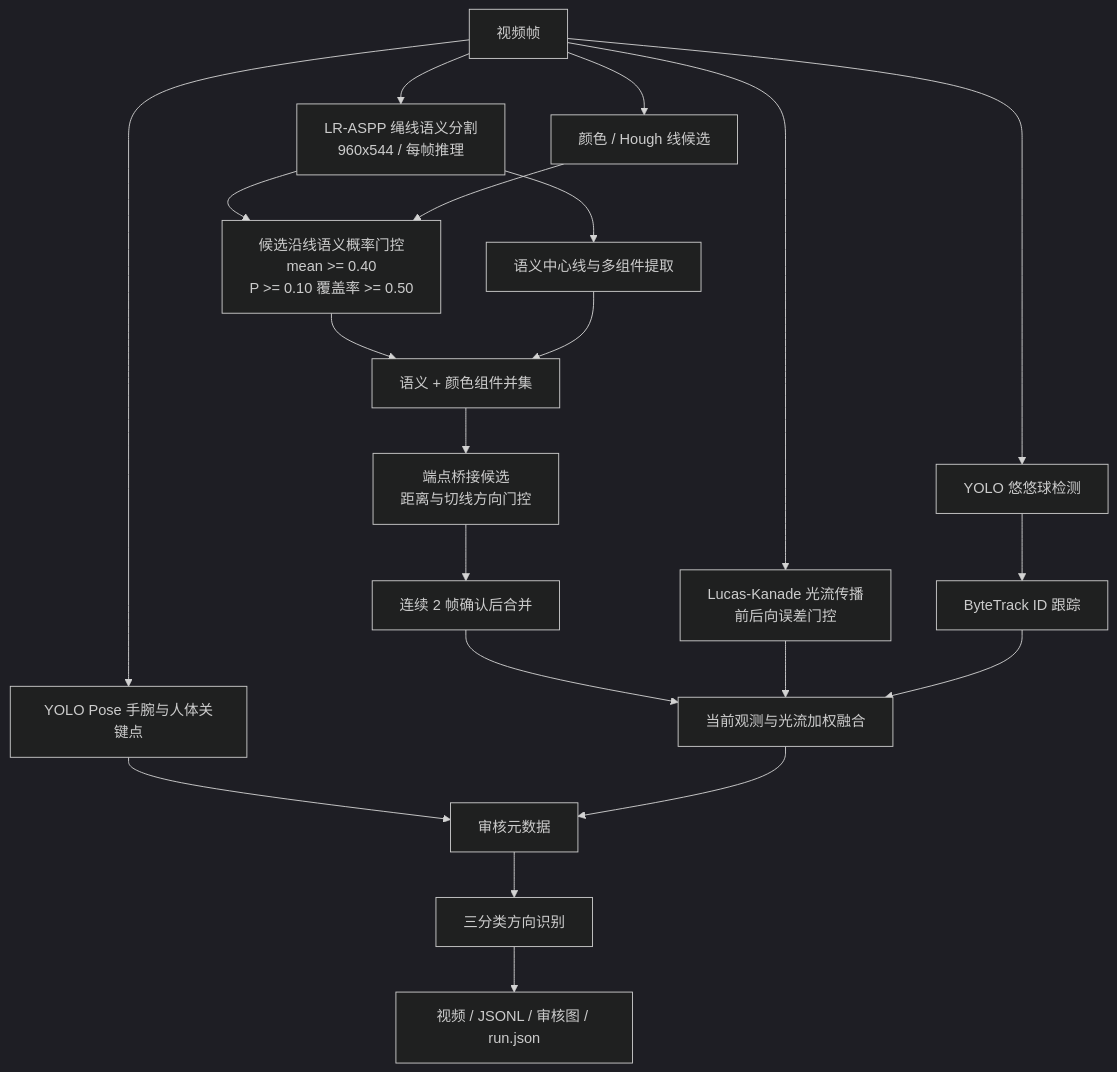
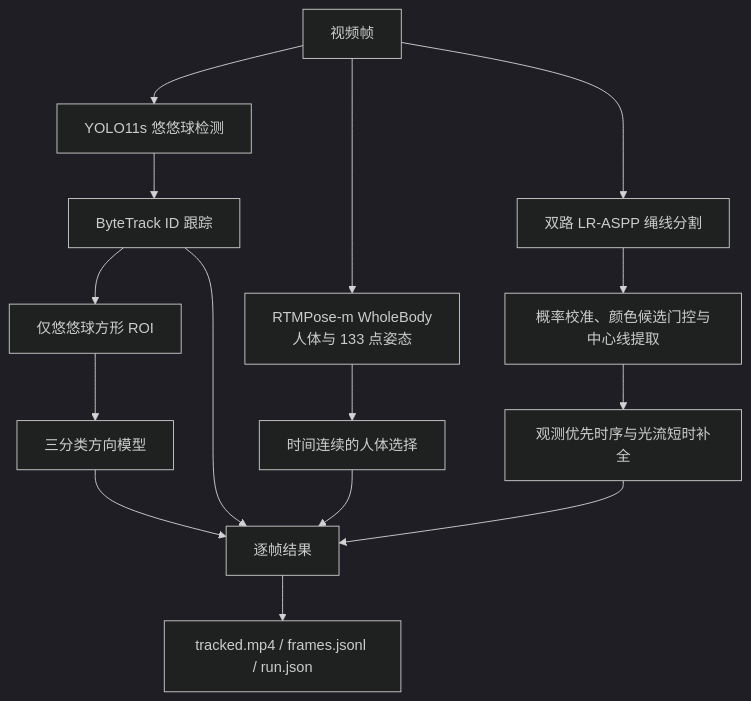
Before and after one commit to EvannZhongg/YoYo-Model: the diagram in reports/architecture_pipeline.md, drawn with Mermaid (dark theme). The commit also changed other lines of this file and 33 other files, not shown here.

Commit message:
migrate pose runtime to RTMPose and decouple orientation

````diff
--- a/reports/architecture_pipeline.md
+++ b/reports/architecture_pipeline.md
@@ -7,23 +5,21 @@
 ```mermaid
 flowchart TD
-    A[视频帧] --> B[YOLO 悠悠球检测]
+    A[视频帧] --> B[YOLO11s 悠悠球检测]
     B --> C[ByteTrack ID 跟踪]
-    A --> D[YOLO Pose 手腕与人体关键点]
-    A --> E[LR-ASPP 绳线语义分割<br/>960x544 / 每帧推理]
-    E --> F[语义中心线与多组件提取]
-    A --> G[颜色 / Hough 线候选]
-    E --> H[候选沿线语义概率门控<br/>mean >= 0.40<br/>P >= 0.10 覆盖率 >= 0.50]
-    G --> H
-    H --> I[语义 + 颜色组件并集]
-    F --> I
-    I --> J[端点桥接候选<br/>距离与切线方向门控]
-    J --> K[连续 2 帧确认后合并]
-    A --> L[Lucas-Kanade 光流传播<br/>前后向误差门控]
-    K --> M[当前观测与光流加权融合]
-    L --> M
-    C --> M
-    D --> N[审核元数据]
-    M --> N
-    N --> O[三分类方向识别]
-    O --> P[视频 / JSONL / 审核图 / run.json]
+
+    A --> D[RTMPose-m WholeBody<br/>人体与 133 点姿态]
+    D --> E[时间连续的人体选择]
+
+    A --> F[双路 LR-ASPP 绳线分割]
+    F --> G[概率校准、颜色候选门控与中心线提取]
+    G --> H[观测优先时序与光流短时补全]
+
+    C --> I[仅悠悠球方形 ROI]
+    I --> J[三分类方向模型]
+
+    C --> K[逐帧结果]
+    E --> K
+    H --> K
+    J --> K
+    K --> L[tracked.mp4 / frames.jsonl / run.json]
 ```
````
